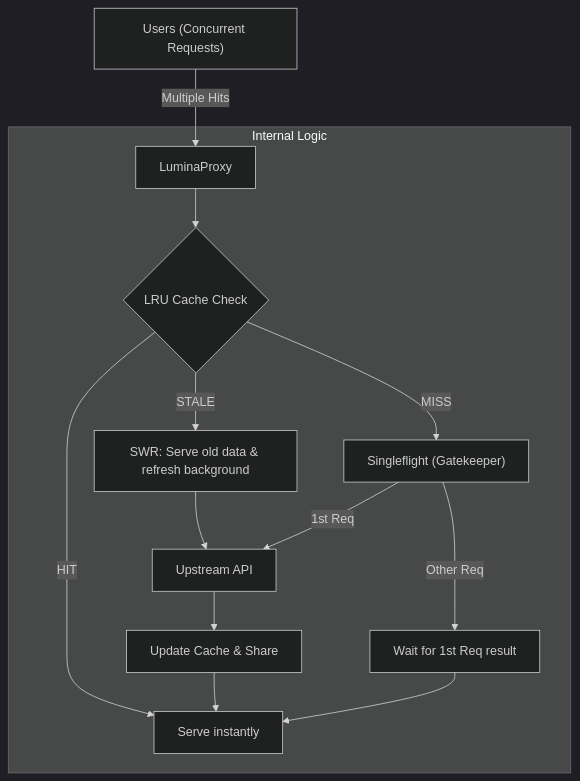
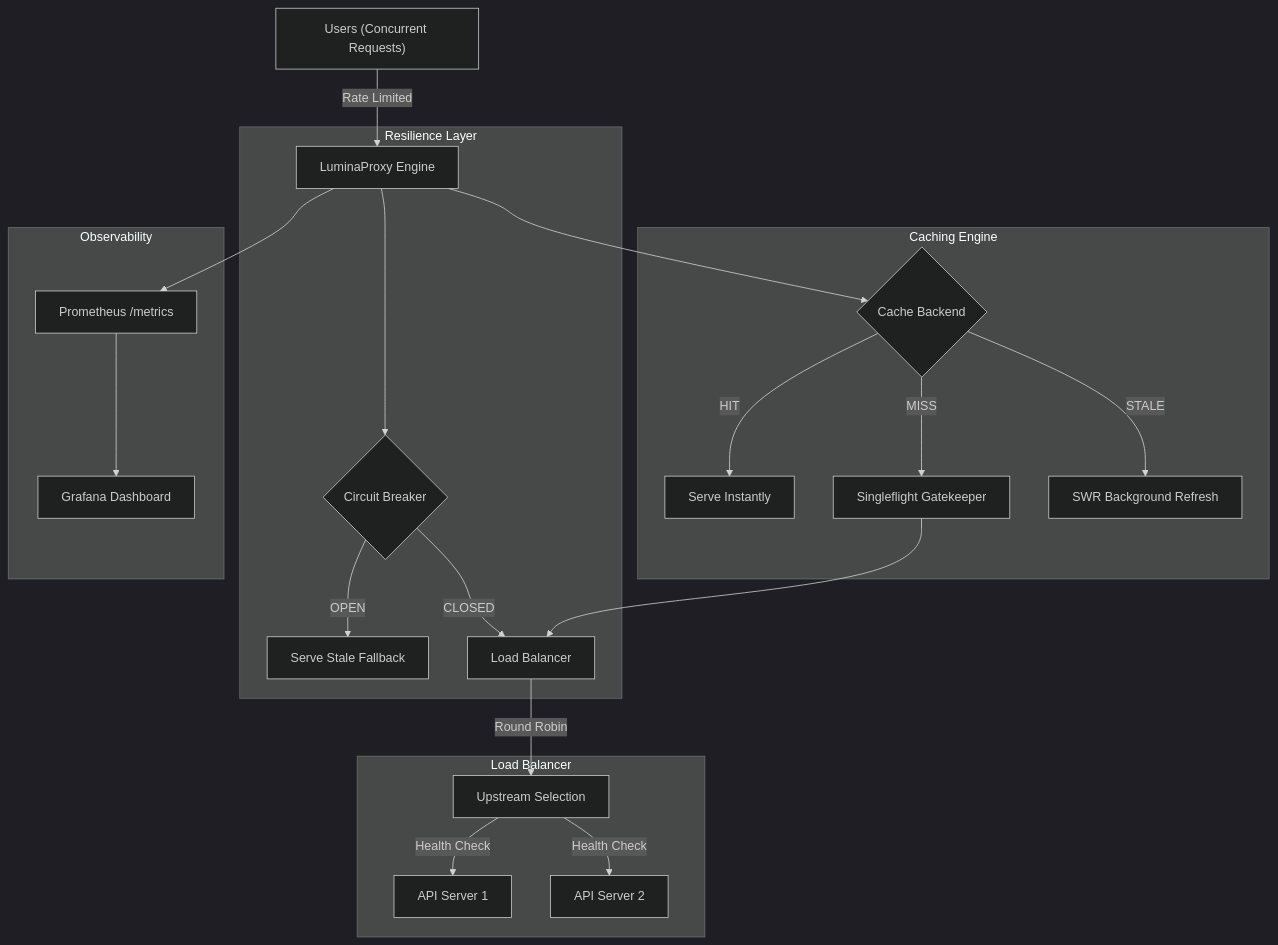
One commit to AmiQT/LuminaProxy changed the diagram in README.md. Above: the diagram before and after it, drawn with Mermaid (dark theme). The commit also changed other lines of this file and 9 other files, not shown here.

Commit message:
feat: upgrade to enterprise gateway with circuit breaker, metrics, and CI pipeline

````diff
--- a/README.md
+++ b/README.md
@@ -17,20 +20,29 @@
 ```mermaid
 graph TD
-    User["Users (Concurrent Requests)"] -->|Multiple Hits| Proxy["LuminaProxy"]
+    User["Users (Concurrent Requests)"] -->|Rate Limited| Proxy["LuminaProxy Engine"]
     
-    subgraph "Internal Logic"
-        Proxy --> Cache{"LRU Cache Check"}
-        Cache -- "HIT" --> Return["Serve instantly"]
-        Cache -- "STALE" --> SWR["SWR: Serve old data & refresh background"]
-        Cache -- "MISS" --> SF["Singleflight (Gatekeeper)"]
-        
-        SF --> |"1st Req"| Upstream["Upstream API"]
-        SF --> |"Other Req"| Wait["Wait for 1st Req result"]
-        
-        Upstream --> Success["Update Cache & Share"]
+    subgraph "Resilience Layer"
+        Proxy --> CB{"Circuit Breaker"}
+        CB -- "OPEN" --> Fallback["Serve Stale Fallback"]
+        CB -- "CLOSED" --> LB["Load Balancer"]
     end
     
-    Success --> Return
-    Wait --> Return
-    SWR --> Upstream
+    subgraph "Load Balancer"
+        LB -->|Round Robin| Target["Upstream Selection"]
+        Target -->|Health Check| U1["API Server 1"]
+        Target -->|Health Check| U2["API Server 2"]
+    end
+    
+    subgraph "Caching Engine"
+        Proxy --> Cache{"Cache Backend"}
+        Cache -- "HIT" --> Return["Serve Instantly"]
+        Cache -- "MISS" --> SF["Singleflight Gatekeeper"]
+        SF --> LB
+        Cache -- "STALE" --> SWR["SWR Background Refresh"]
+    end
+    
+    subgraph "Observability"
+        Proxy --> Prom["Prometheus /metrics"]
+        Prom --> Grafana["Grafana Dashboard"]
+    end
 ```
````
